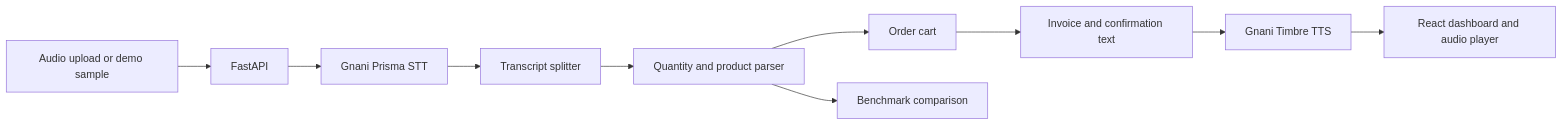
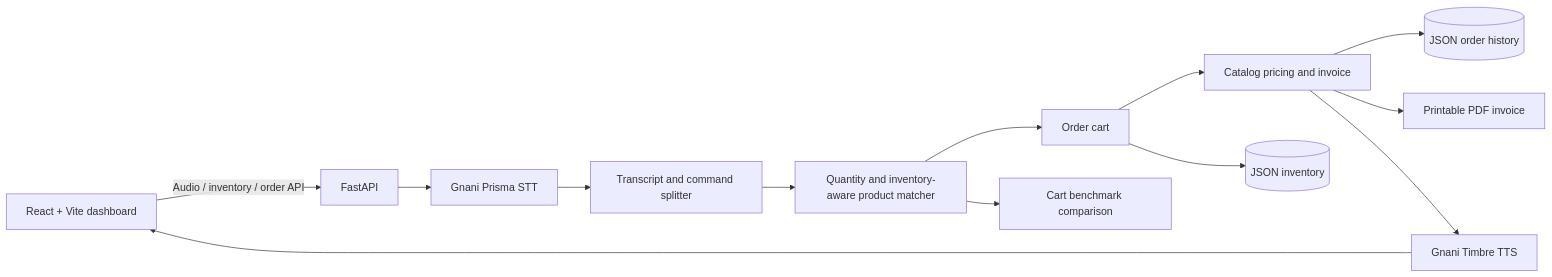
Before and after one commit to Altamashazam7/bharat-bazaar-voiceos: the diagram in README.md, drawn with Mermaid. The commit also changed other lines of this file and 35 other files, not shown here.

````diff
--- a/README.md
+++ b/README.md
@@ -17,12 +25,15 @@
 ```mermaid
 flowchart LR
-    A[Audio upload or demo sample] --> B[FastAPI]
-    B --> C[Gnani Prisma STT]
-    C --> D[Transcript splitter]
-    D --> E[Quantity and product parser]
-    E --> F[Order cart]
-    F --> G[Invoice and confirmation text]
-    G --> H[Gnani Timbre TTS]
-    H --> I[React dashboard and audio player]
-    E --> J[Benchmark comparison]
+    Browser[React + Vite dashboard] -->|Audio / inventory / order API| API[FastAPI]
+    API --> STT[Gnani Prisma STT]
+    STT --> Split[Transcript and command splitter]
+    Split --> Parser[Quantity and inventory-aware product matcher]
+    Parser --> Cart[Order cart]
+    Cart --> Pricing[Catalog pricing and invoice]
+    Pricing --> History[(JSON order history)]
+    Cart --> Stock[(JSON inventory)]
+    Pricing --> PDF[Printable PDF invoice]
+    Pricing --> TTS[Gnani Timbre TTS]
+    TTS --> Browser
+    Parser --> Benchmark[Cart benchmark comparison]
 ```
````
